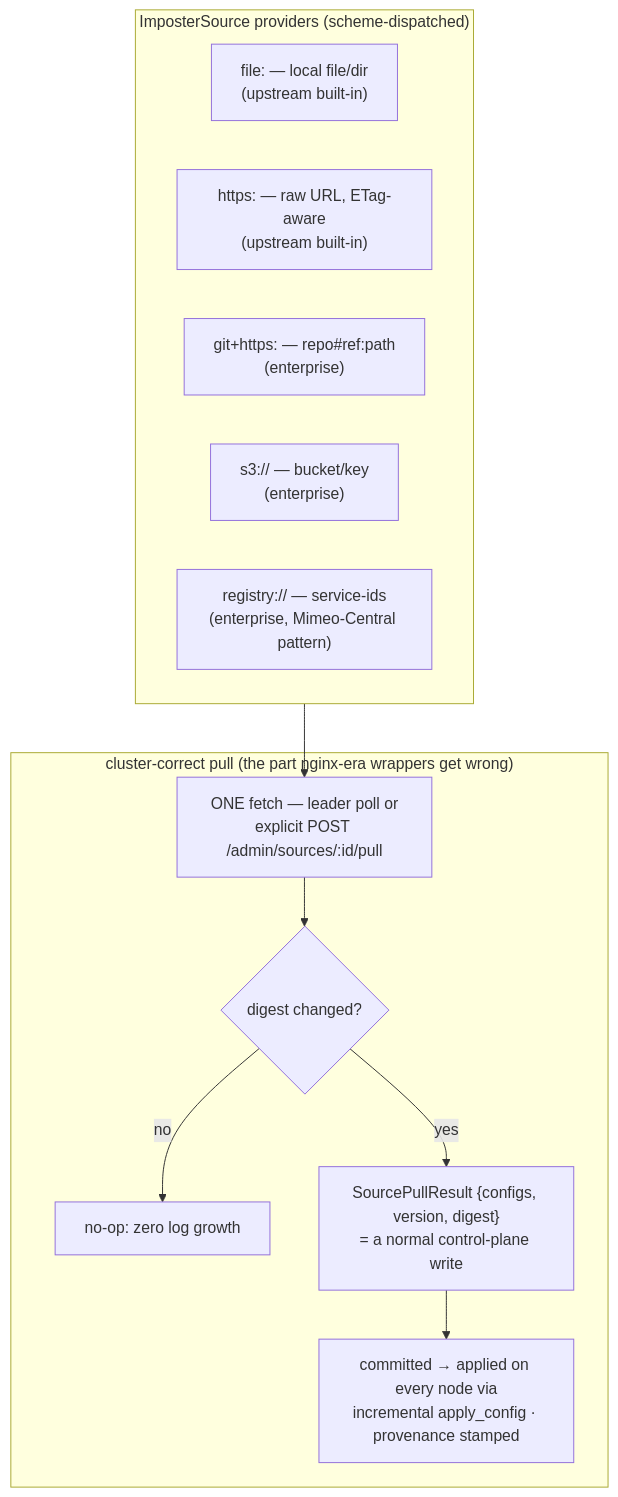
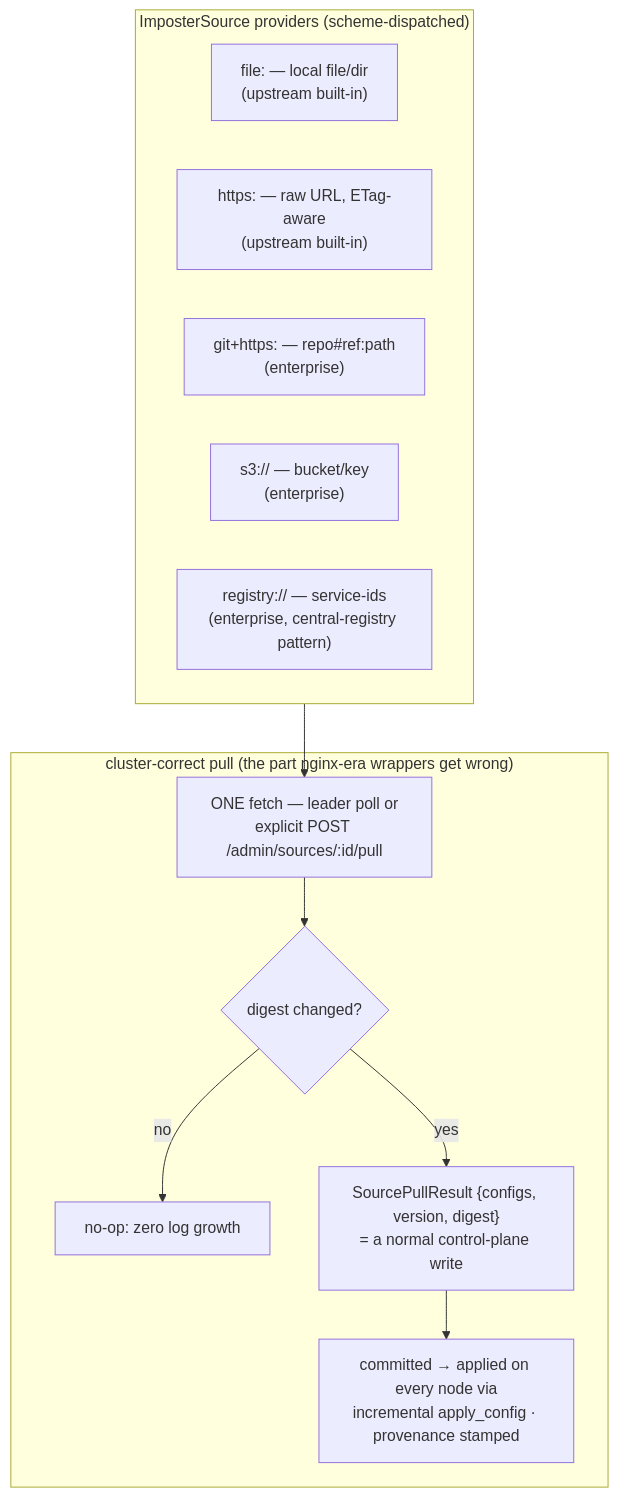
Before and after one commit to achird-labs/rift-cluster: the second of 2 diagrams in docs/architecture/13-front-door-and-sources.md, drawn with Mermaid. The commit also changed 2 other files, not shown here.

Commit message:
docs(deploy): describe the registry source pattern generically
The sources demo and the front-door architecture diagram named a specific
internal deployment as the reference shape. Name the pattern instead.

````diff
--- a/docs/architecture/13-front-door-and-sources.md
+++ b/docs/architecture/13-front-door-and-sources.md
@@ -67,20 +67,20 @@
 ```mermaid
 flowchart TB
     subgraph providers["ImposterSource providers (scheme-dispatched)"]
         F["file: — local file/dir<br/>(upstream built-in)"]
         H["https: — raw URL, ETag-aware<br/>(upstream built-in)"]
         G["git+https: — repo#ref:path<br/>(enterprise)"]
         S3["s3:// — bucket/key<br/>(enterprise)"]
-        R["registry:// — service-ids<br/>(enterprise, Mimeo-Central pattern)"]
+        R["registry:// — service-ids<br/>(enterprise, central-registry pattern)"]
     end
 
     providers --> PULL
 
     subgraph cluster["cluster-correct pull (the part nginx-era wrappers get wrong)"]
         PULL["ONE fetch — leader poll or<br/>explicit POST /admin/sources/:id/pull"]
         PULL --> DG{digest changed?}
         DG -- no --> NOP["no-op: zero log growth"]
         DG -- yes --> OP["SourcePullResult {configs, version, digest}<br/>= a normal control-plane write"]
         OP --> AP["committed → applied on every node via<br/>incremental apply_config · provenance stamped"]
     end
 ```
````
